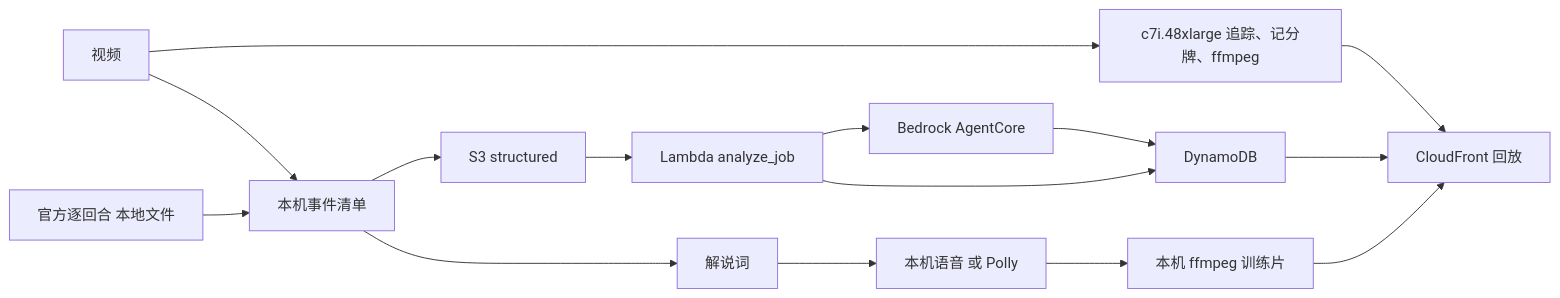
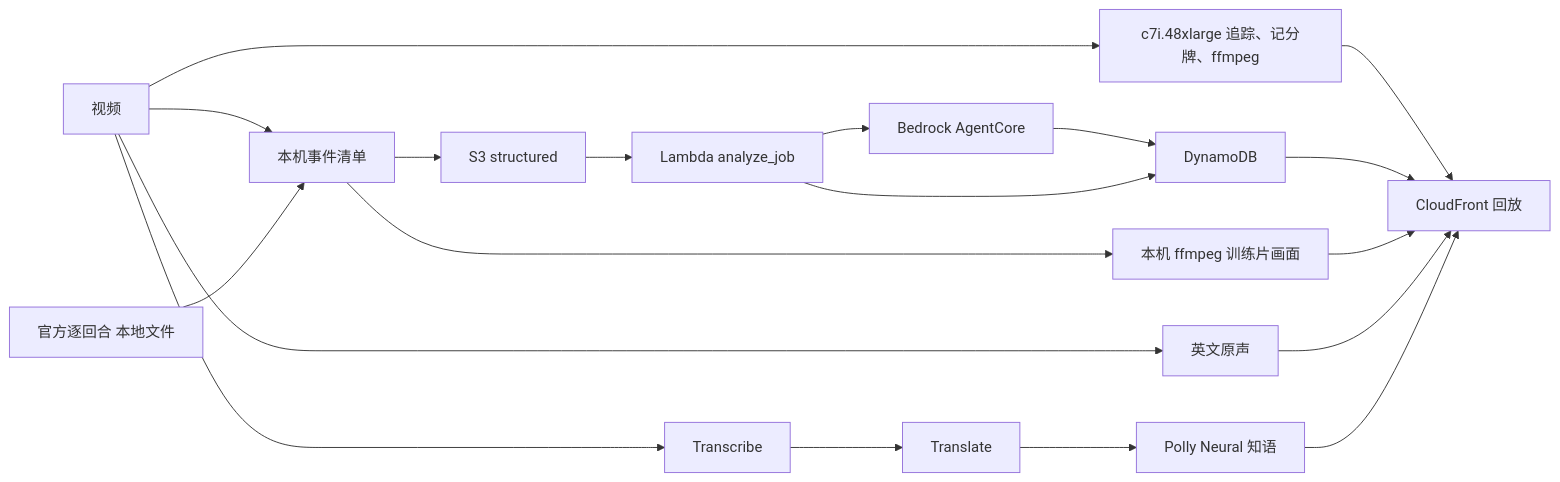
The diagram in docs/pipeline-map.md (Max-lzp/Agent-NBA), drawn with Mermaid before and after one commit. The commit also changed other lines of this file and 18 other files, not shown here.

````diff
--- a/docs/pipeline-map.md
+++ b/docs/pipeline-map.md
@@ -8,17 +8,21 @@
 ```mermaid
 flowchart LR
   video[视频] --> cloud[c7i.48xlarge 追踪、记分牌、ffmpeg]
   cloud --> page[CloudFront 回放]
   video --> stream[本机事件清单]
   official[官方逐回合 本地文件] --> stream
   stream --> s3[S3 structured]
   s3 --> analyze[Lambda analyze_job]
   analyze --> agent[Bedrock AgentCore]
   agent --> ddb[DynamoDB]
   analyze --> ddb
   ddb --> page
-  stream --> words[解说词]
-  words --> voice[本机语音 或 Polly]
-  voice --> cut[本机 ffmpeg 训练片]
+  stream --> cut[本机 ffmpeg 训练片画面]
   cut --> page
+  video --> en[英文原声]
+  video --> asr[Transcribe]
+  asr --> zhwords[Translate]
+  zhwords --> polly[Polly Neural 知语]
+  en --> page
+  polly --> page
 ```
````
